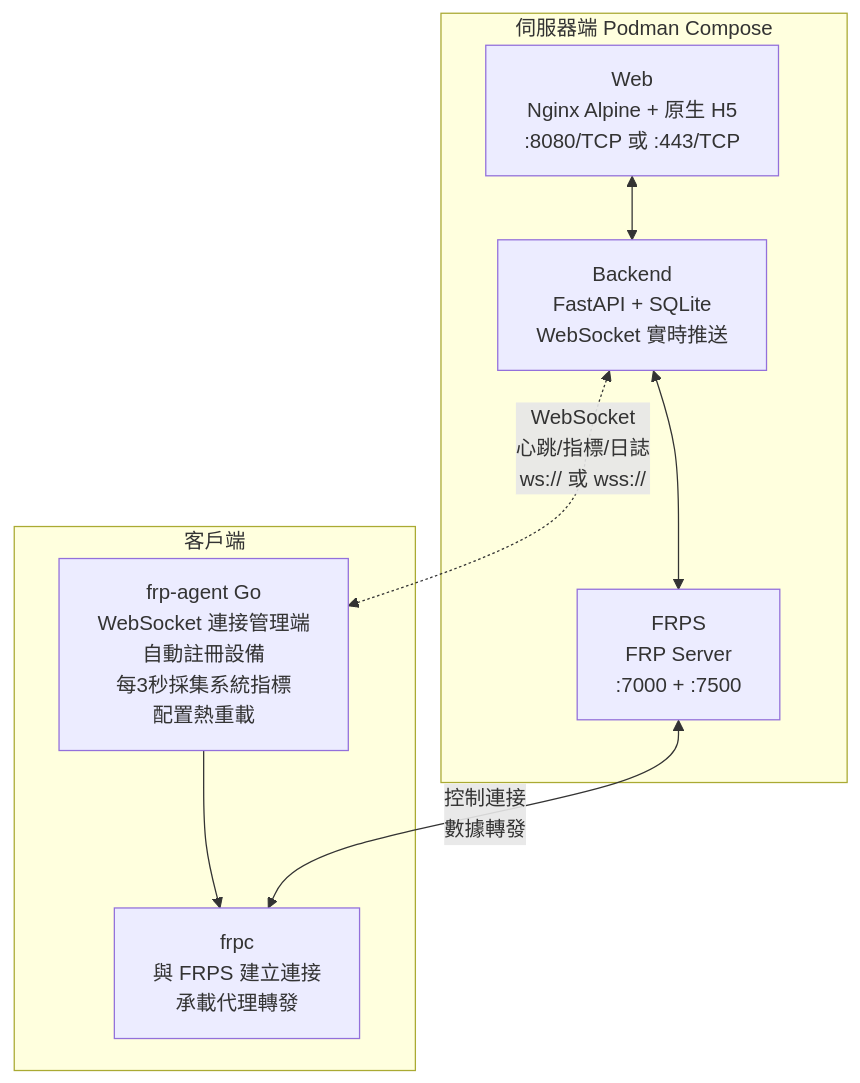
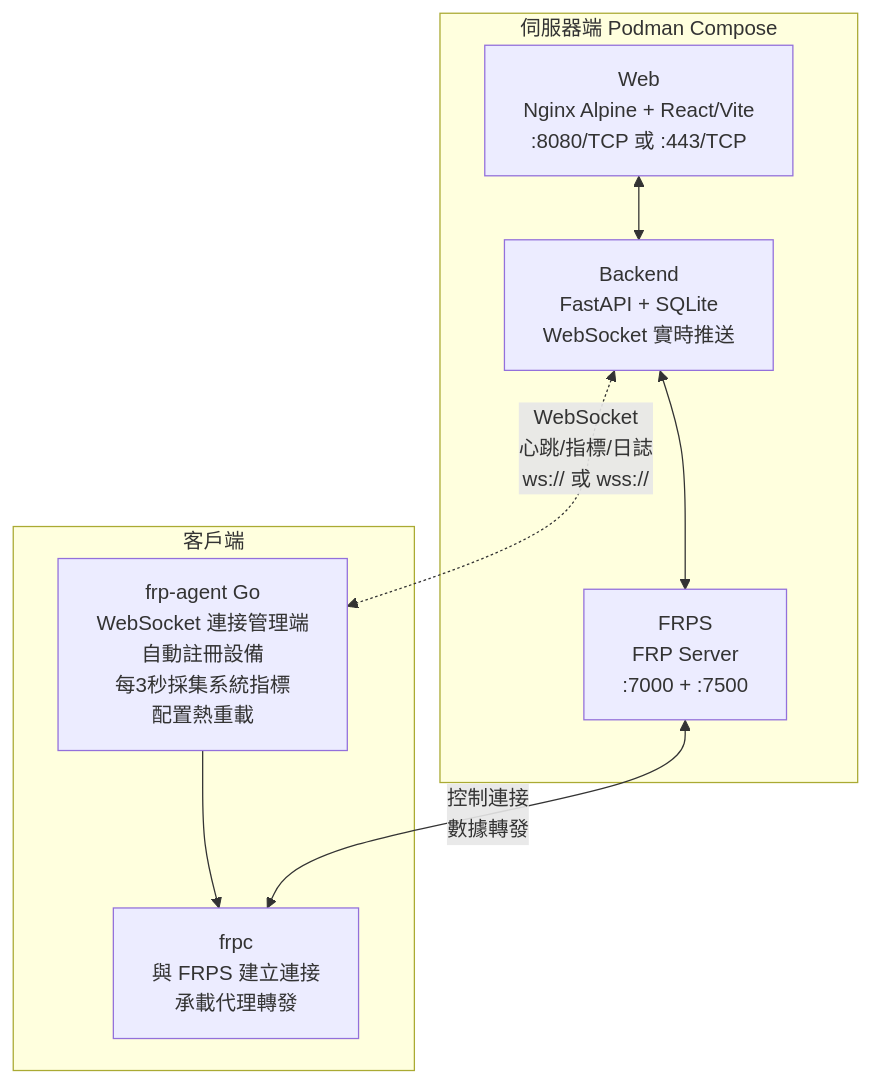
The diagram in README.zh-TW.md (GreenhandTan/FRP-ALL-IN-ONE), drawn with Mermaid before and after one commit. The commit also changed other lines of this file and 2 other files, not shown here.

````diff
--- a/README.zh-TW.md
+++ b/README.zh-TW.md
@@ -157,19 +157,19 @@
 ```mermaid
 flowchart TB
     subgraph Server["伺服器端 Podman Compose"]
-        Web["Web<br/>Nginx Alpine + 原生 H5<br/>:8080/TCP 或 :443/TCP"]
+        Web["Web<br/>Nginx Alpine + React/Vite<br/>:8080/TCP 或 :443/TCP"]
         Backend["Backend<br/>FastAPI + SQLite<br/>WebSocket 實時推送"]
         FRPS["FRPS<br/>FRP Server<br/>:7000 + :7500"]
         Web <--> Backend
         Backend <--> FRPS
     end
 
     subgraph Client["客戶端"]
         Agent["frp-agent Go<br/>WebSocket 連接管理端<br/>自動註冊設備<br/>每3秒採集系統指標<br/>配置熱重載"]
         FRPC["frpc<br/>與 FRPS 建立連接<br/>承載代理轉發"]
         Agent --> FRPC
     end
 
     Backend <-.->|"WebSocket<br/>心跳/指標/日誌<br/>ws:// 或 wss://"| Agent
     FRPS <-->|"控制連接<br/>數據轉發"| FRPC
 ```
````
